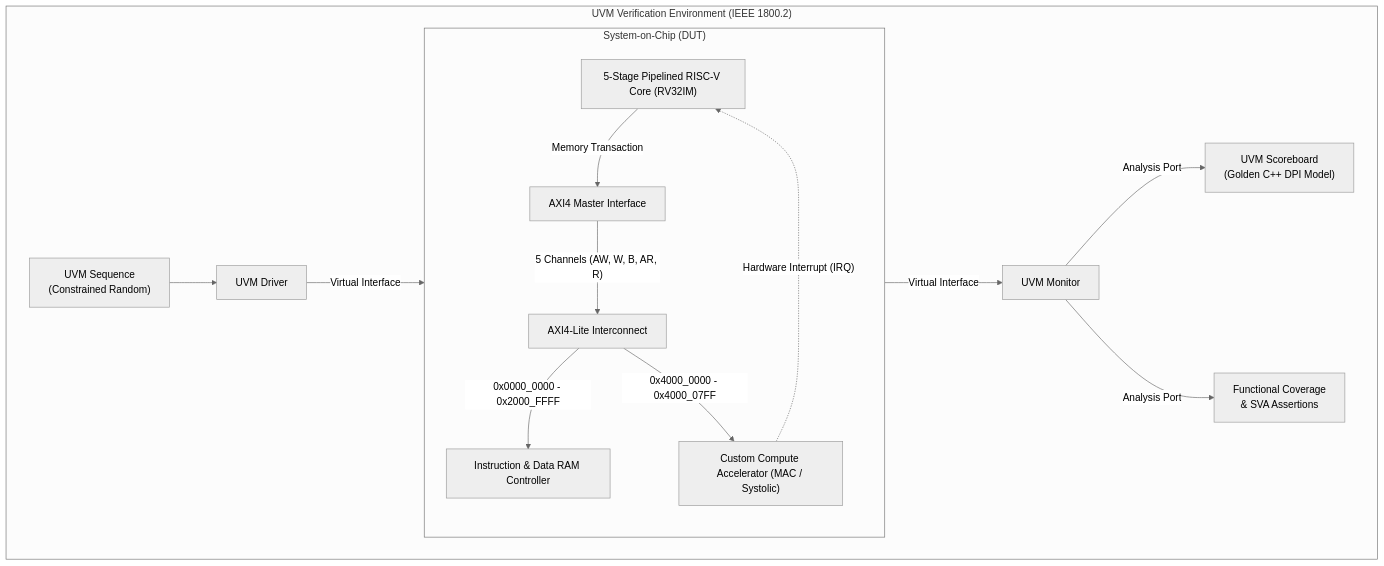
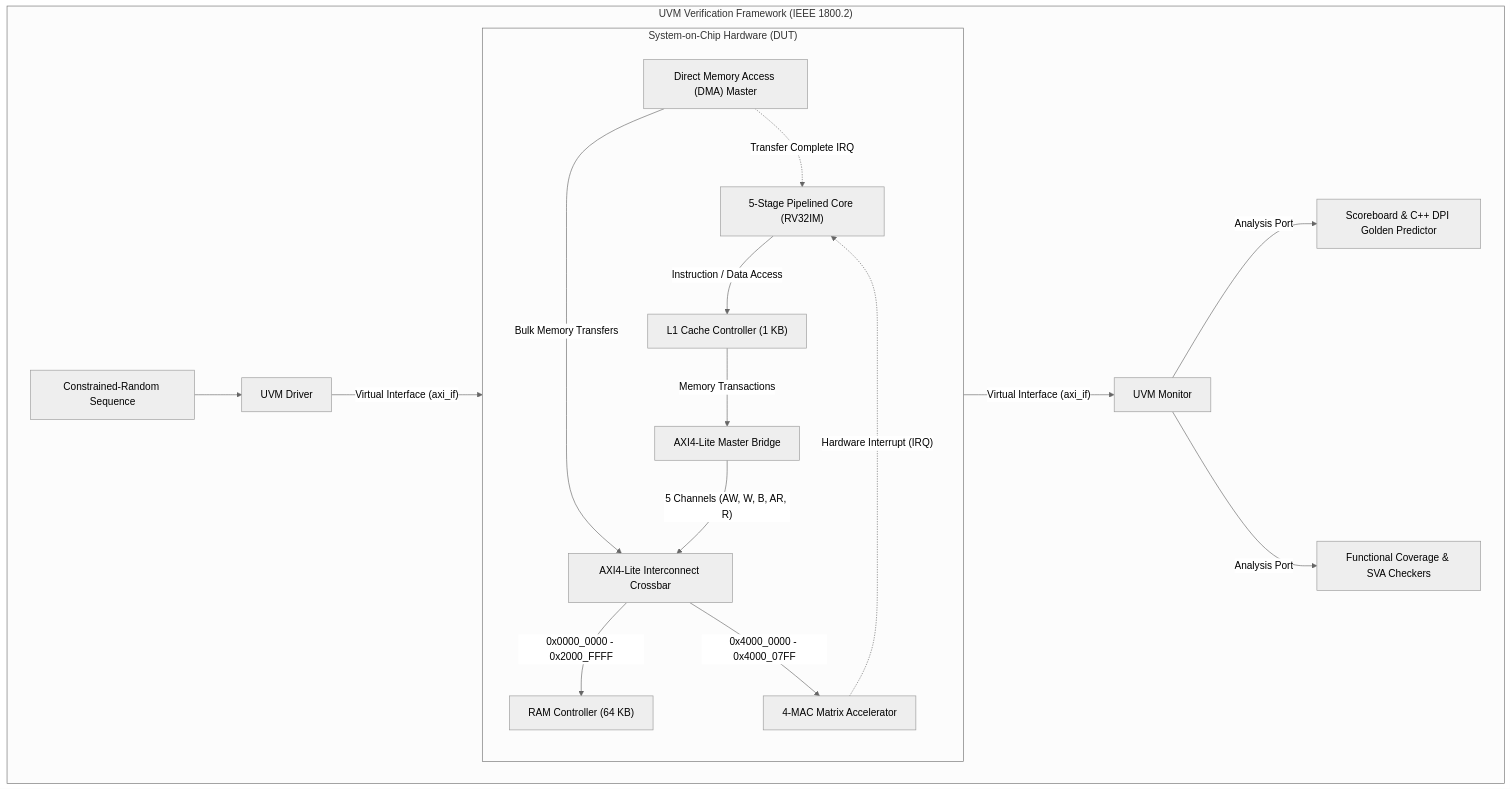
The diagram in README.md (sushrutchhatkuli/rv32i-axi-accelerator-uvm), drawn with Mermaid (neutral theme) before and after one commit. The commit also changed other lines of this file and 6 other files, not shown here.

````diff
--- a/README.md
+++ b/README.md
@@ -22,18 +57,21 @@
 ```mermaid
 flowchart TB
-    subgraph DUT["System-on-Chip (DUT)"]
-        CPU["5-Stage Pipelined RISC-V Core (RV32IM)"] -->|"Memory Transaction"| AXI_M["AXI4 Master Interface"]
-        AXI_M -->|"5 Channels (AW, W, B, AR, R)"| BUS["AXI4-Lite Interconnect"]
-        BUS -->|"0x0000_0000 - 0x2000_FFFF"| RAM["Instruction & Data RAM Controller"]
-        BUS -->|"0x4000_0000 - 0x4000_07FF"| ACC["Custom Compute Accelerator (MAC / Systolic)"]
+    subgraph DUT["System-on-Chip Hardware (DUT)"]
+        CPU["5-Stage Pipelined Core (RV32IM)"] -->|"Instruction / Data Access"| L1["L1 Cache Controller (1 KB)"]
+        L1 -->|"Memory Transactions"| AXI_M["AXI4-Lite Master Bridge"]
+        DMA["Direct Memory Access (DMA) Master"] -->|"Bulk Memory Transfers"| BUS
+        AXI_M -->|"5 Channels (AW, W, B, AR, R)"| BUS["AXI4-Lite Interconnect Crossbar"]
+        BUS -->|"0x0000_0000 - 0x2000_FFFF"| RAM["RAM Controller (64 KB)"]
+        BUS -->|"0x4000_0000 - 0x4000_07FF"| ACC["4-MAC Matrix Accelerator"]
         ACC -.->|"Hardware Interrupt (IRQ)"| CPU
+        DMA -.->|"Transfer Complete IRQ"| CPU
     end
 
-    subgraph UVM["UVM Verification Environment (IEEE 1800.2)"]
-        SEQ["UVM Sequence\n(Constrained Random)"] --> DRV["UVM Driver"]
-        DRV -->|"Virtual Interface"| DUT
-        DUT -->|"Virtual Interface"| MON["UVM Monitor"]
-        MON -->|"Analysis Port"| SCB["UVM Scoreboard\n(Golden C++ DPI Model)"]
-        MON -->|"Analysis Port"| COV["Functional Coverage\n& SVA Assertions"]
+    subgraph UVM["UVM Verification Framework (IEEE 1800.2)"]
+        SEQ["Constrained-Random Sequence"] --> DRV["UVM Driver"]
+        DRV -->|"Virtual Interface (axi_if)"| DUT
+        DUT -->|"Virtual Interface (axi_if)"| MON["UVM Monitor"]
+        MON -->|"Analysis Port"| SCB["Scoreboard & C++ DPI Golden Predictor"]
+        MON -->|"Analysis Port"| COV["Functional Coverage & SVA Checkers"]
     end
 ```
````
